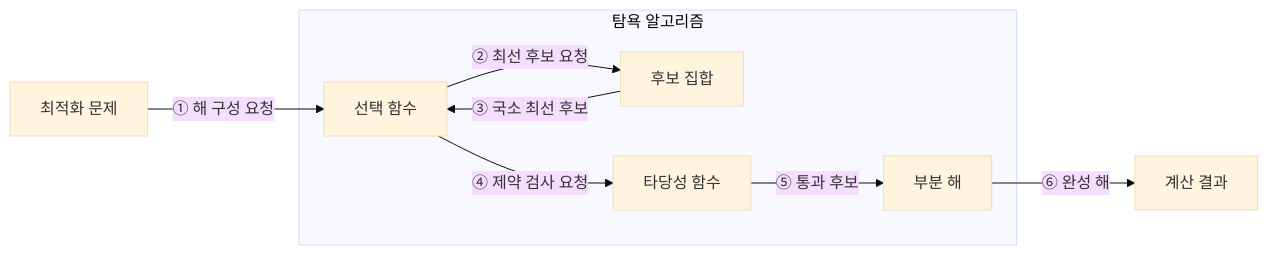
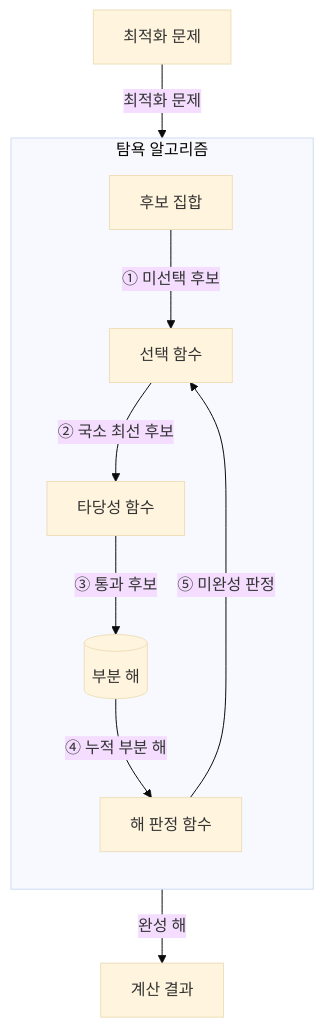
Before and after one commit to agnusdei1207/knowledge-base: the first of 2 diagrams in src/content/docs/notes/01-basic-theory/015_greedy_algorithm.md, drawn with Mermaid (base theme). The commit also changed other lines of this file and 18 other files, not shown here.

Commit message:
docs: revise basic theory notes 001-020 diagrams

````diff
--- a/src/content/docs/notes/01-basic-theory/015_greedy_algorithm.md
+++ b/src/content/docs/notes/01-basic-theory/015_greedy_algorithm.md
@@ -64,11 +65,19 @@
 ```mermaid
-flowchart LR
-    Q[최적화 문제] -->|① 해 구성 요청| S
+flowchart TB
+    Q[최적화 문제]
     subgraph G[탐욕 알고리즘]
-        S[선택 함수] -->|② 최선 후보 요청| C[후보 집합]
-        C -->|③ 국소 최선 후보| S
-        S -->|④ 제약 검사 요청| F[타당성 함수]
-        F -->|⑤ 통과 후보| P[부분 해]
+        direction TB
+        S[선택 함수]
+        C[후보 집합]
+        F[타당성 함수]
+        P[(부분 해)]
+        H[해 판정 함수]
+        C -->|① 미선택 후보| S
+        S -->|② 국소 최선 후보| F
+        F -->|③ 통과 후보| P
+        P -->|④ 누적 부분 해| H
+        H -->|⑤ 미완성 판정| S
     end
-    P -->|⑥ 완성 해| O[계산 결과]
+    Q -->|최적화 문제| S
+    H -->|완성 해| O[계산 결과]
 ```
````
